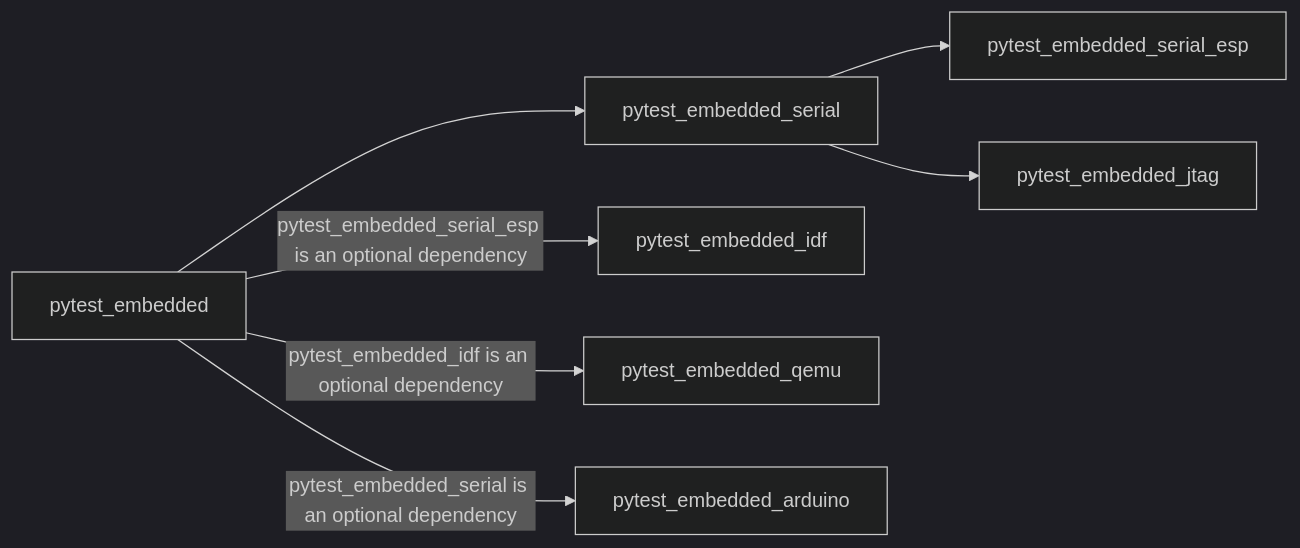
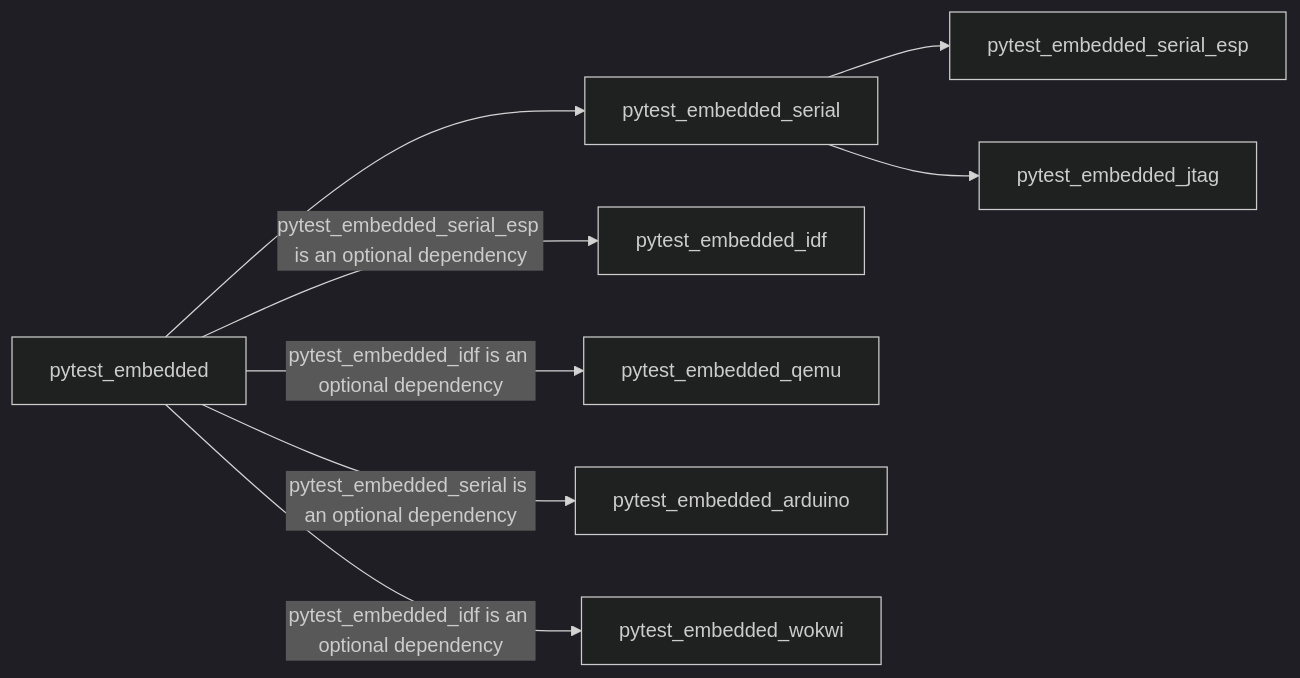
One commit to espressif/pytest-embedded changed the diagram in docs/services.md. Above: the diagram before and after it, drawn with Mermaid (dark theme). The commit also changed other lines of this file and 6 other files, not shown here.

````diff
--- a/docs/services.md
+++ b/docs/services.md
@@ -35,10 +13,11 @@
 ```{mermaid}
 graph LR
     pytest_embedded --> pytest_embedded_serial
     pytest_embedded -->|pytest_embedded_serial_esp is an optional dependency| pytest_embedded_idf
     pytest_embedded -->|pytest_embedded_idf is an optional dependency| pytest_embedded_qemu
     pytest_embedded -->|pytest_embedded_serial is an optional dependency| pytest_embedded_arduino
+    pytest_embedded -->|pytest_embedded_idf is an optional dependency| pytest_embedded_wokwi
 
     pytest_embedded_serial --> pytest_embedded_serial_esp
     pytest_embedded_serial --> pytest_embedded_jtag
 ```
````
